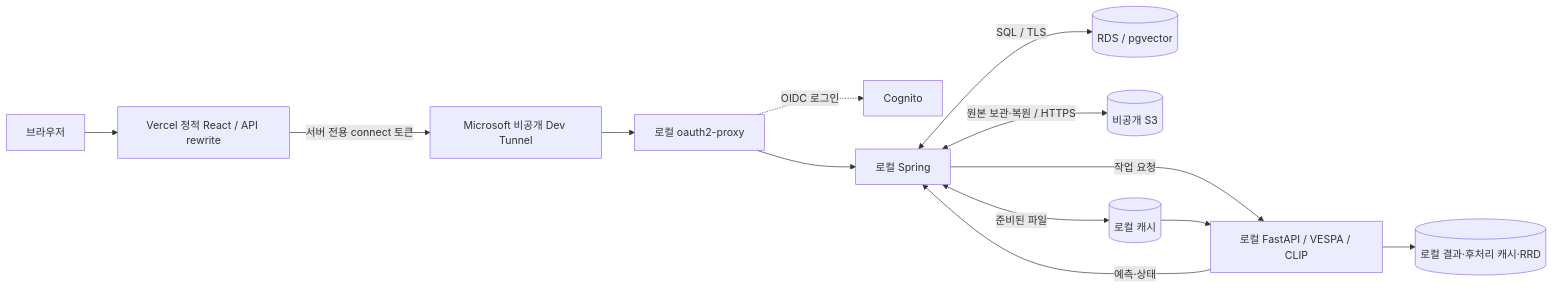
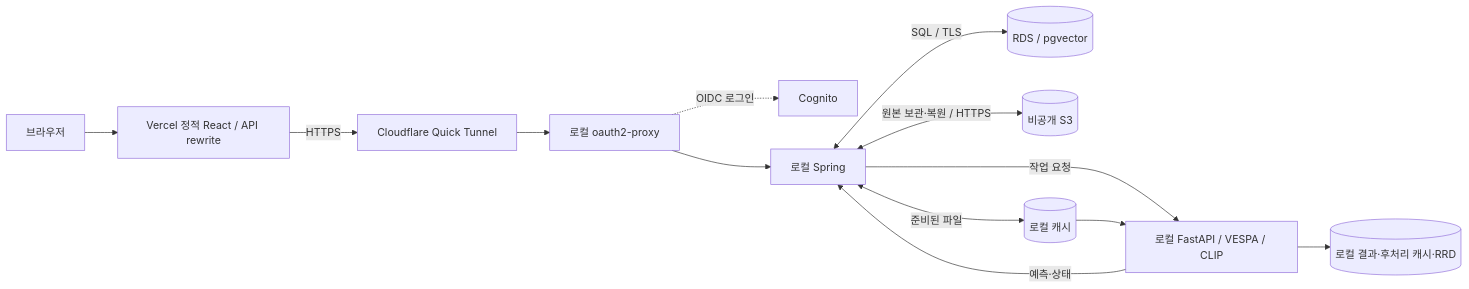
The diagram in docs/architecture-and-measurement-2026-11-12.md (DriveScene2Label-Team/DriveScene2Label), drawn with Mermaid before and after one commit. The commit also changed other lines of this file and 24 other files, not shown here.

````diff
--- a/docs/architecture-and-measurement-2026-11-12.md
+++ b/docs/architecture-and-measurement-2026-11-12.md
@@ -31,15 +31,15 @@
 ```mermaid
 flowchart LR
   U[브라우저] --> V[Vercel 정적 React / API rewrite]
-  V -->|서버 전용 connect 토큰| T[Microsoft 비공개 Dev Tunnel]
+  V -->|HTTPS| T[Cloudflare Quick Tunnel]
   T --> A[로컬 oauth2-proxy]
   A -. OIDC 로그인 .-> C[Cognito]
   A --> B[로컬 Spring]
   B <-->|SQL / TLS| D[(RDS / pgvector)]
   B <-->|원본 보관·복원 / HTTPS| S[(비공개 S3)]
   B <-->|준비된 파일| F[(로컬 캐시)]
   B -->|작업 요청| G[로컬 FastAPI / VESPA / CLIP]
   F --> G
   G --> R[(로컬 결과·후처리 캐시·RRD)]
   G -->|예측·상태| B
 ```
````
